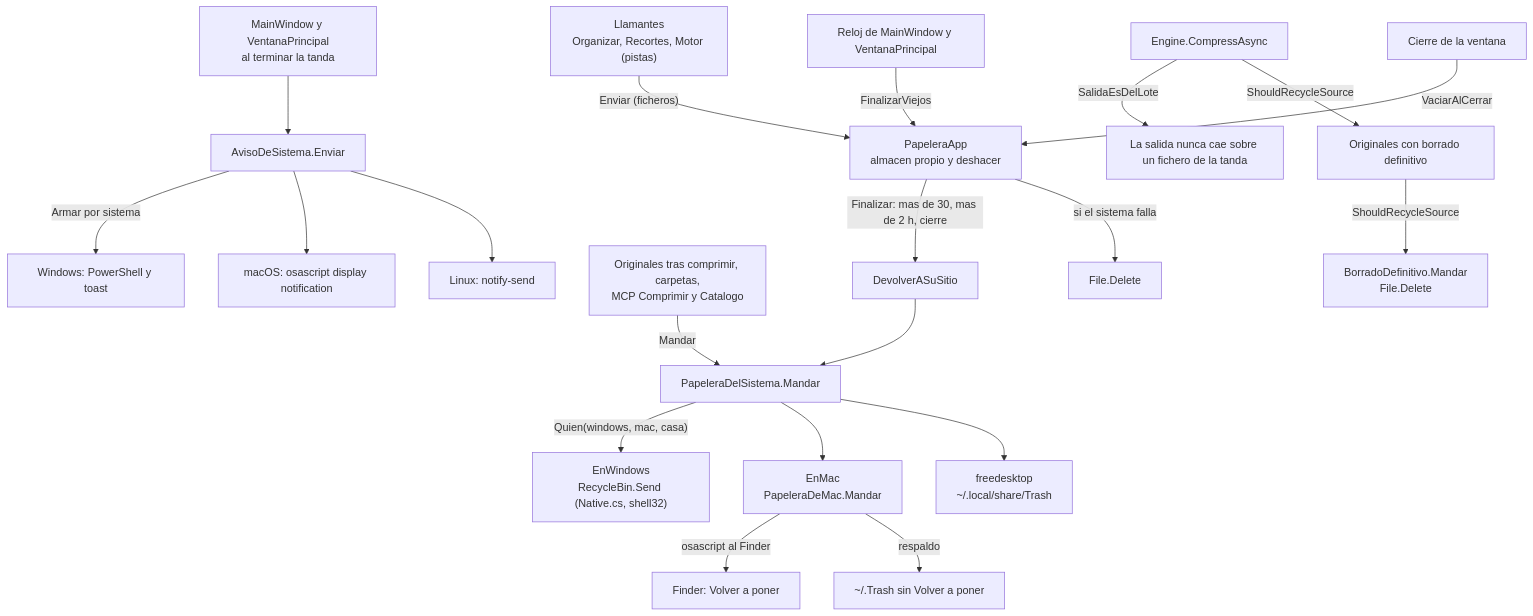
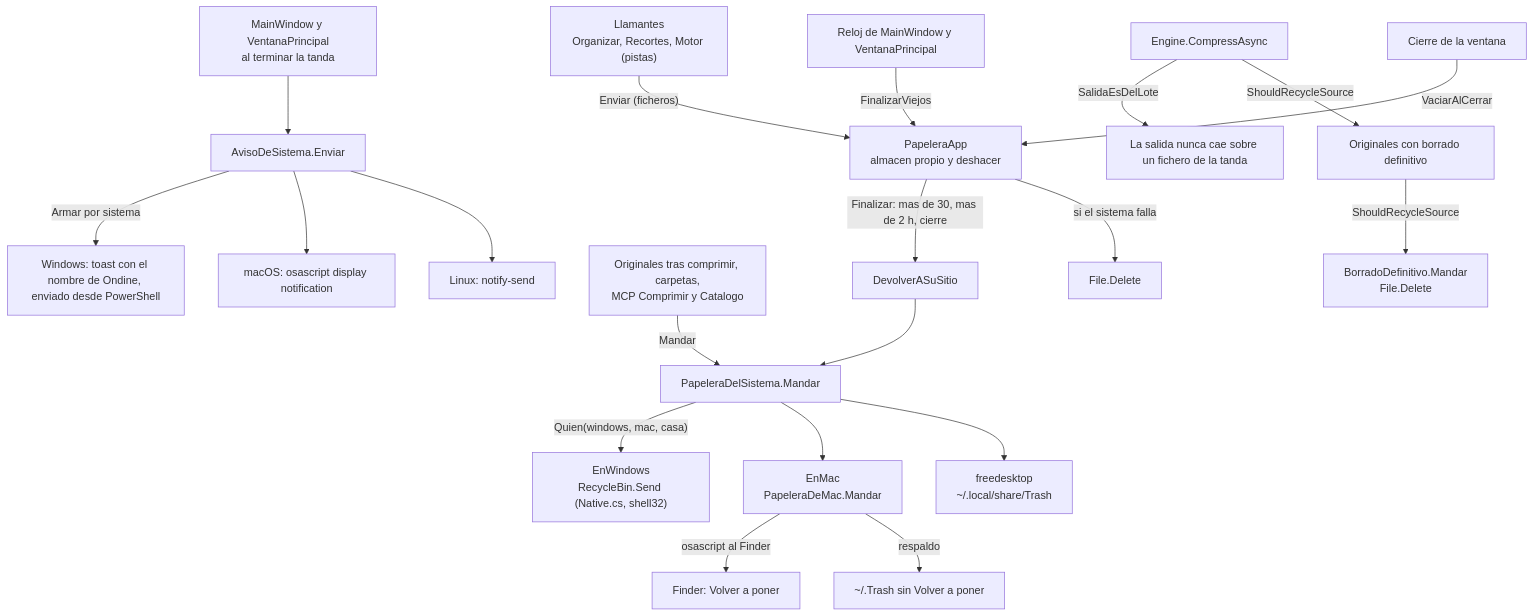
The diagram in docs/funcionalidades/papelera-y-avisos.md (luishidalgoa/ondine), drawn with Mermaid before and after one commit. The commit also changed other lines of this file and 5 other files, not shown here.

First line of the commit message:
fix(avisos): el aviso se muestra con el nombre e icono de Ondine (#388)

````diff
--- a/docs/funcionalidades/papelera-y-avisos.md
+++ b/docs/funcionalidades/papelera-y-avisos.md
@@ -31,26 +31,26 @@
 ```mermaid
 flowchart TD
   TANDA["MainWindow y VentanaPrincipal<br/>al terminar la tanda"] --> AVISO["AvisoDeSistema.Enviar"]
-  AVISO -- "Armar por sistema" --> AWIN["Windows: PowerShell y toast"]
+  AVISO -- "Armar por sistema" --> AWIN["Windows: toast con el nombre de Ondine, enviado desde PowerShell"]
   AVISO --> AMAC["macOS: osascript display notification"]
   AVISO --> ALIN["Linux: notify-send"]
 
   LLAM["Llamantes<br/>Organizar, Recortes, Motor (pistas)"] -- "Enviar (ficheros)" --> APP["PapeleraApp<br/>almacen propio y deshacer"]
   LLAM2["Originales tras comprimir, carpetas,<br/>MCP Comprimir y Catalogo"] -- "Mandar" --> SIS["PapeleraDelSistema.Mandar"]
   LLAM3["Originales con borrado definitivo"] -- "ShouldRecycleSource" --> BOR["BorradoDefinitivo.Mandar<br/>File.Delete"]
 
   RELOJ["Reloj de MainWindow y VentanaPrincipal"] -- "FinalizarViejos" --> APP
   CIERRE["Cierre de la ventana"] -- "VaciarAlCerrar" --> APP
   APP -- "Finalizar: mas de 30, mas de 2 h, cierre" --> DEV["DevolverASuSitio"]
   DEV --> SIS
   APP -- "si el sistema falla" --> DELF["File.Delete"]
 
   SIS -- "Quien(windows, mac, casa)" --> EWIN["EnWindows<br/>RecycleBin.Send (Native.cs, shell32)"]
   SIS --> EMAC["EnMac<br/>PapeleraDeMac.Mandar"]
   SIS --> FDO["freedesktop<br/>~/.local/share/Trash"]
   EMAC -- "osascript al Finder" --> FIN["Finder: Volver a poner"]
   EMAC -- "respaldo" --> TRASH["~/.Trash sin Volver a poner"]
 
   MOTOR["Engine.CompressAsync"] -- "SalidaEsDelLote" --> SALIDA["La salida nunca cae sobre un fichero de la tanda"]
   MOTOR -- "ShouldRecycleSource" --> LLAM3
 ```
````
